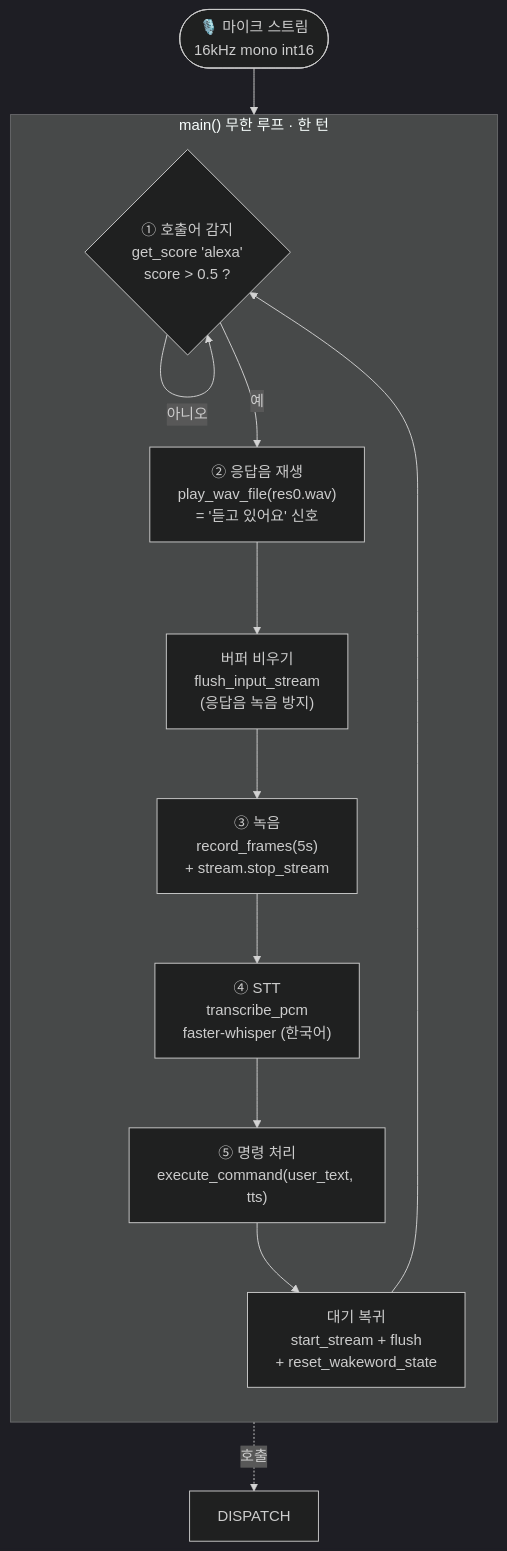
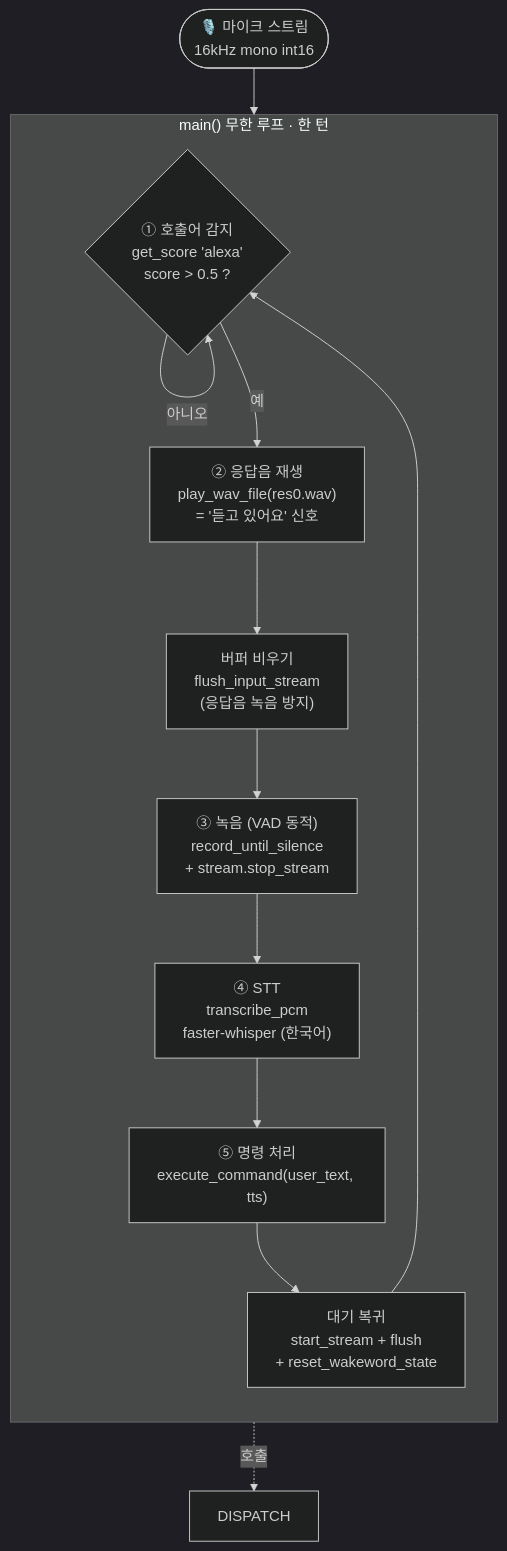
One commit to kjcaway/home-bser changed the first of 2 diagrams in README.md. Above: the diagram before and after it, drawn with Mermaid (dark theme). The commit also changed other lines of this file and 6 other files, not shown here.

````diff
--- a/README.md
+++ b/README.md
@@ -11,19 +11,19 @@
 ```mermaid
 flowchart TD
     MIC([🎙️ 마이크 스트림<br/>16kHz mono int16]) --> WAKE
 
     subgraph LOOP["main() 무한 루프 · 한 턴"]
         direction TB
         WAKE{"① 호출어 감지<br/>get_score 'alexa'<br/>score &gt; 0.5 ?"}
         WAKE -->|아니오| WAKE
         WAKE -->|예| ACK["② 응답음 재생<br/>play_wav_file(res0.wav)<br/>= '듣고 있어요' 신호"]
         ACK --> FLUSH["버퍼 비우기<br/>flush_input_stream<br/>(응답음 녹음 방지)"]
-        FLUSH --> REC["③ 녹음<br/>record_frames(5s)<br/>+ stream.stop_stream"]
+        FLUSH --> REC["③ 녹음 (VAD 동적)<br/>record_until_silence<br/>+ stream.stop_stream"]
         REC --> STT["④ STT<br/>transcribe_pcm<br/>faster-whisper (한국어)"]
         STT --> EXEC["⑤ 명령 처리<br/>execute_command(user_text, tts)"]
         EXEC --> RESET["대기 복귀<br/>start_stream + flush<br/>+ reset_wakeword_state"]
         RESET --> WAKE
     end
 
     EXEC -.호출.-> DISPATCH
 ```
````
